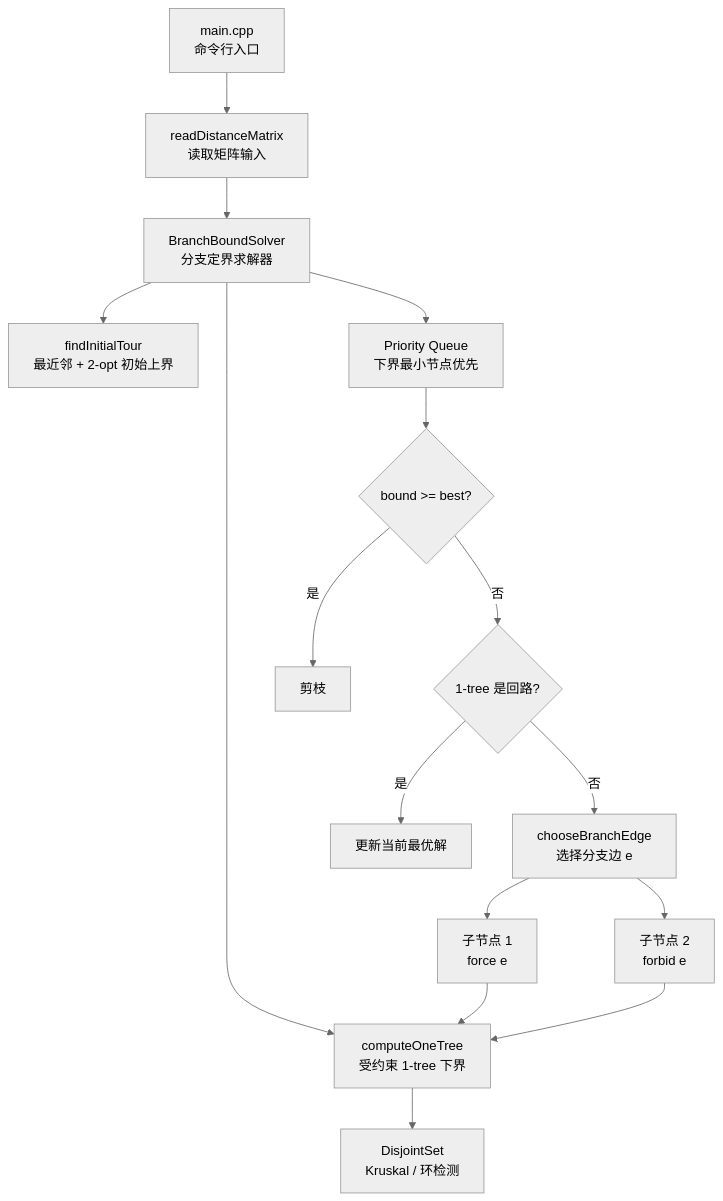
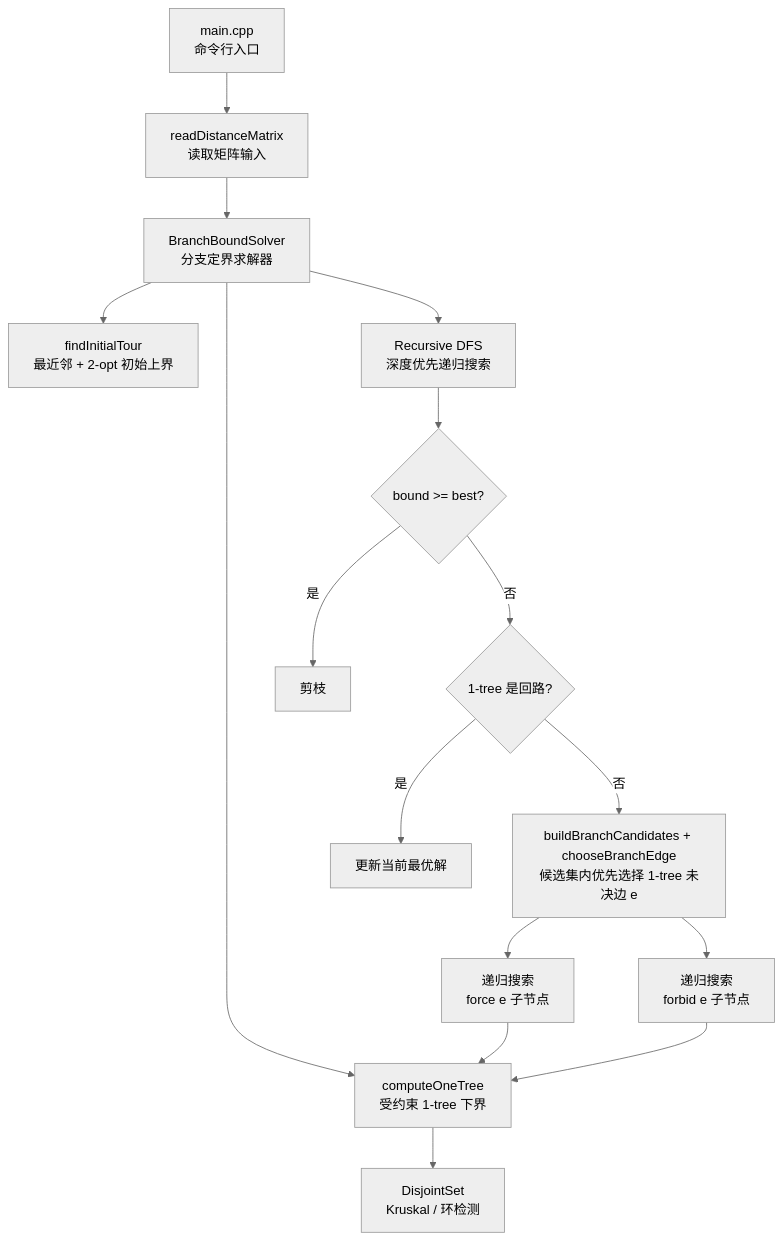
One commit to rAyanami-zqy/TSP changed the diagram in README.md. Above: the diagram before and after it, drawn with Mermaid (neutral theme). The commit also changed other lines of this file and 18 other files, not shown here.

````diff
--- a/README.md
+++ b/README.md
@@ -16,18 +18,18 @@
 ```mermaid
 flowchart TD
     A["main.cpp<br/>命令行入口"] --> B["readDistanceMatrix<br/>读取矩阵输入"]
     B --> C["BranchBoundSolver<br/>分支定界求解器"]
     C --> D["findInitialTour<br/>最近邻 + 2-opt 初始上界"]
     C --> E["computeOneTree<br/>受约束 1-tree 下界"]
     E --> F["DisjointSet<br/>Kruskal / 环检测"]
-    C --> G["Priority Queue<br/>下界最小节点优先"]
+    C --> G["Recursive DFS<br/>深度优先递归搜索"]
     G --> H{"bound >= best?"}
     H -- "是" --> I["剪枝"]
     H -- "否" --> J{"1-tree 是回路?"}
     J -- "是" --> K["更新当前最优解"]
-    J -- "否" --> L["chooseBranchEdge<br/>选择分支边 e"]
-    L --> M["子节点 1<br/>force e"]
-    L --> N["子节点 2<br/>forbid e"]
+    J -- "否" --> L["buildBranchCandidates + chooseBranchEdge<br/>候选集内优先选择 1-tree 未决边 e"]
+    L --> M["递归搜索<br/>force e 子节点"]
+    L --> N["递归搜索<br/>forbid e 子节点"]
     M --> E
     N --> E
 ```
````
